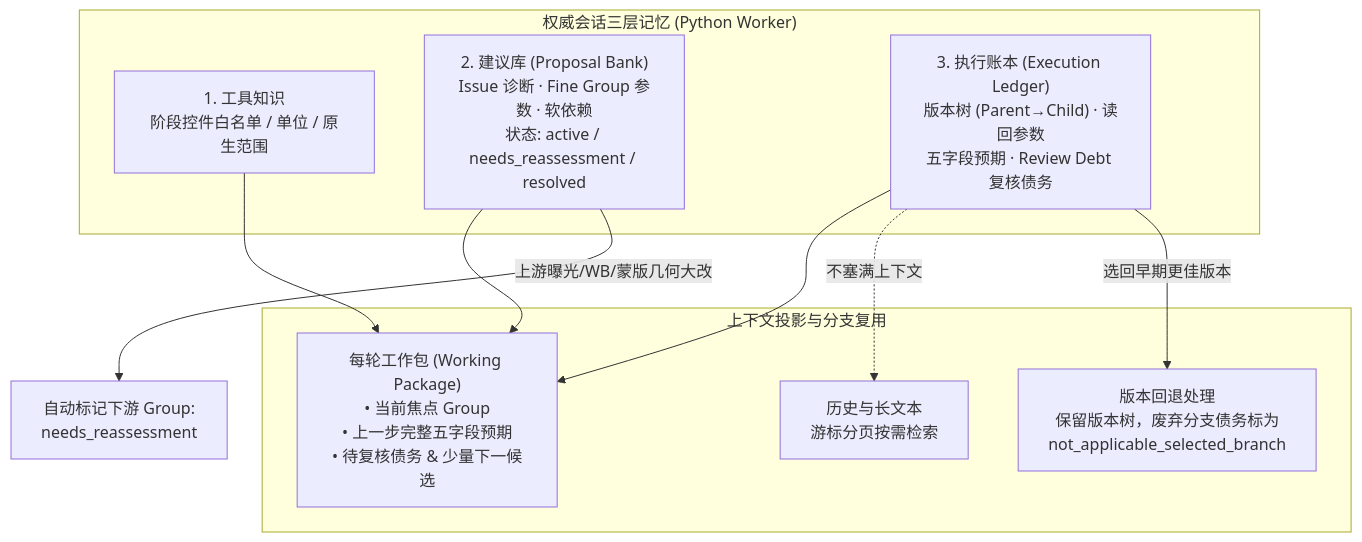
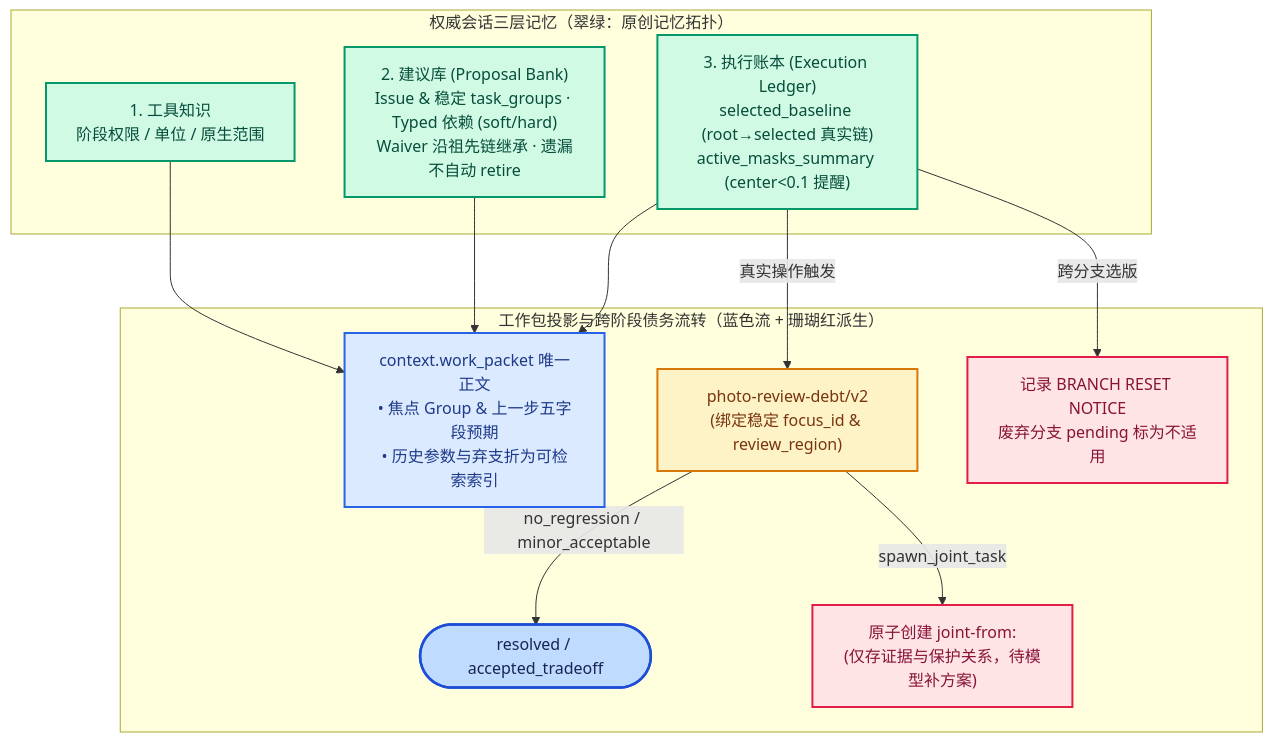
One commit to ARCHIC001/RetouchAgain changed the third of 4 diagrams in README.md. Above: the diagram before and after it, drawn with Mermaid. The commit also changed other lines of this file and 5 other files, not shown here.

````diff
--- a/README.md
+++ b/README.md
@@ -68,19 +95,23 @@
 ```mermaid
 flowchart TB
-    subgraph Memory["权威会话三层记忆 (Python Worker)"]
-        TK["1. 工具知识<br/>阶段控件白名单 / 单位 / 原生范围"]
-        PB["2. 建议库 (Proposal Bank)<br/>Issue 诊断 · Fine Group 参数 · 软依赖<br/>状态: active / needs_reassessment / resolved"]
-        EL["3. 执行账本 (Execution Ledger)<br/>版本树 (Parent→Child) · 读回参数<br/>五字段预期 · Review Debt 复核债务"]
+    classDef flowStart fill:#eff6ff,stroke:#3b82f6,color:#1e3a8a,stroke-width:2px
+    classDef flowMid fill:#dbeafe,stroke:#2563eb,color:#1e3a8a,stroke-width:2px
+    classDef flowEnd fill:#bfdbfe,stroke:#1d4ed8,color:#172554,stroke-width:2.5px
+    classDef origMemory fill:#d1fae5,stroke:#059669,color:#064e3b,stroke-width:2px
+    classDef origGuard fill:#ffe4e6,stroke:#e11d48,color:#881337,stroke-width:2px
+    classDef origVisual fill:#fef3c7,stroke:#d97706,color:#78350f,stroke-width:2px
+
+    subgraph Memory["权威会话三层记忆（翠绿：原创记忆拓扑）"]
+        TK["1. 工具知识<br/>阶段权限 / 单位 / 原生范围"]:::origMemory
+        PB["2. 建议库 (Proposal Bank)<br/>Issue & 稳定 task_groups · Typed 依赖 (soft/hard)<br/>Waiver 沿祖先链继承 · 遗漏不自动 retire"]:::origMemory
+        EL["3. 执行账本 (Execution Ledger)<br/>selected_baseline (root→selected 真实链)<br/>active_masks_summary (center<0.1 提醒)"]:::origMemory
     end
 
-    subgraph Reuse["上下文投影与分支复用"]
-        WP["每轮工作包 (Working Package)<br/>• 当前焦点 Group<br/>• 上一步完整五字段预期<br/>• 待复核债务 & 少量下一候选"]
-        Cursor["历史与长文本<br/>游标分页按需检索"]
-        Revert["版本回退处理<br/>保留版本树，废弃分支债务标为<br/>not_applicable_selected_branch"]
+    subgraph Flow["工作包投影与跨阶段债务流转（蓝色流 + 珊瑚红派生）"]
+        TK & PB & EL --> WP["context.work_packet 唯一正文<br/>• 焦点 Group & 上一步五字段预期<br/>• 历史参数与弃支折为可检索索引"]:::flowMid
+        EL -->|"真实操作触发"| Debt["photo-review-debt/v2<br/>(绑定稳定 focus_id & review_region)"]:::origVisual
+        Debt -->|"no_regression / minor_acceptable"| Settled(["resolved / accepted_tradeoff"]):::flowEnd
+        Debt -->|"spawn_joint_task"| JointSpawn["原子创建 joint-from:<debt_id><br/>(仅存证据与保护关系，待模型补方案)"]:::origGuard
+        EL -->|"跨分支选版"| Reset["记录 BRANCH RESET NOTICE<br/>废弃分支 pending 标为不适用"]:::origGuard
     end
-
-    TK & PB & EL --> WP
-    EL -.->|"不塞满上下文"| Cursor
-    EL -->|"选回早期更佳版本"| Revert
-    PB -->|"上游曝光/WB/蒙版几何大改"| Reassess["自动标记下游 Group:<br/>needs_reassessment"]
 ```
````
